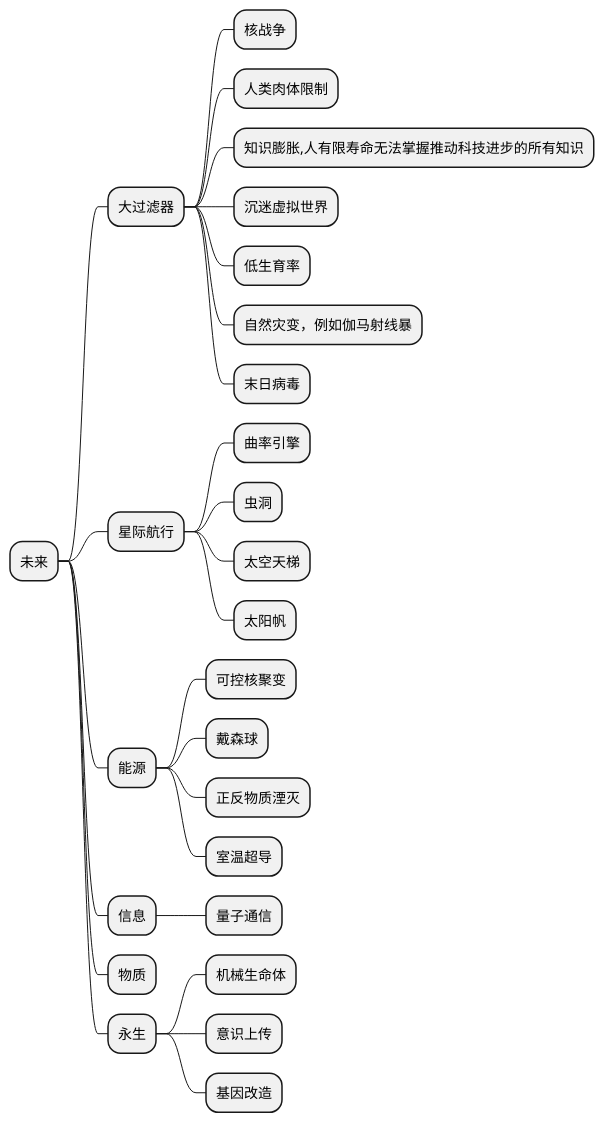
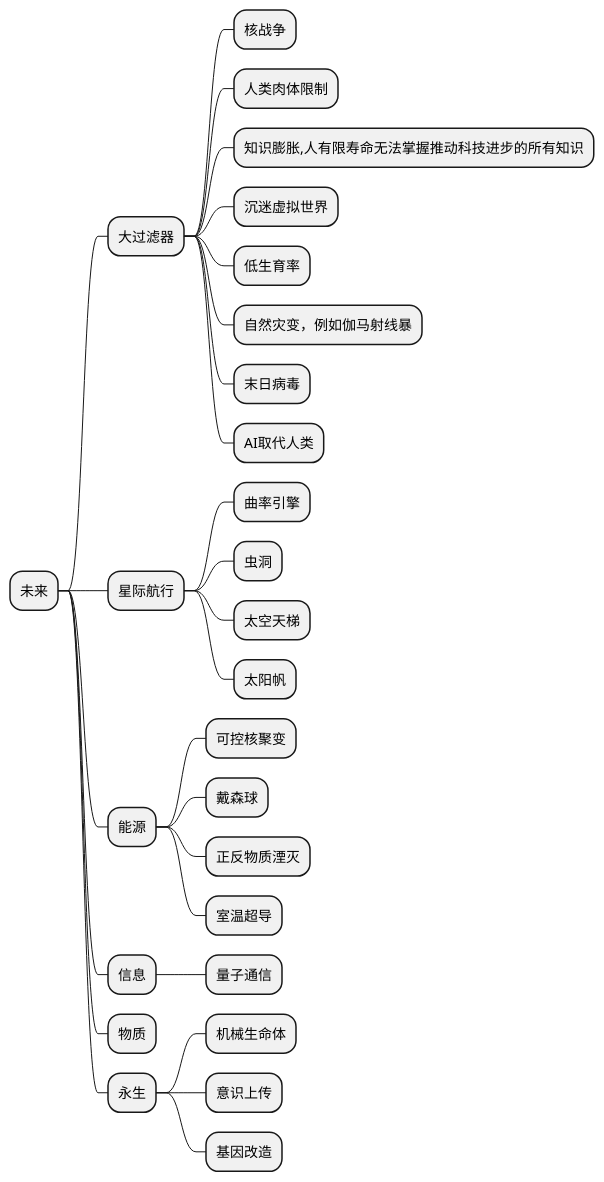
One commit to Huang2070/alpha-centauri-c changed the diagram in 总结/未来.plantuml. Above: the diagram before and after it, drawn with PlantUML. The commit also changed 3 other files, not shown here.

```diff
--- a/总结/未来.plantuml
+++ b/总结/未来.plantuml
@@ -1,36 +1,37 @@
 @startmindmap 未来
 
 * 未来
 ** 大过滤器
 *** 核战争
 *** 人类肉体限制
 *** 知识膨胀,人有限寿命无法掌握推动科技进步的所有知识
 *** 沉迷虚拟世界
 *** 低生育率
 *** 自然灾变，例如伽马射线暴
 *** 末日病毒
+*** AI取代人类
 
 ** 星际航行
 *** 曲率引擎
 *** 虫洞
 *** 太空天梯
 *** 太阳帆
 
 ** 能源
 *** 可控核聚变
 *** 戴森球
 *** 正反物质湮灭
 *** 室温超导
 
 
 ** 信息
 *** 量子通信
 
 ** 物质
 
 ** 永生
 *** 机械生命体
 *** 意识上传
 *** 基因改造
 
 @endmindmap
```
